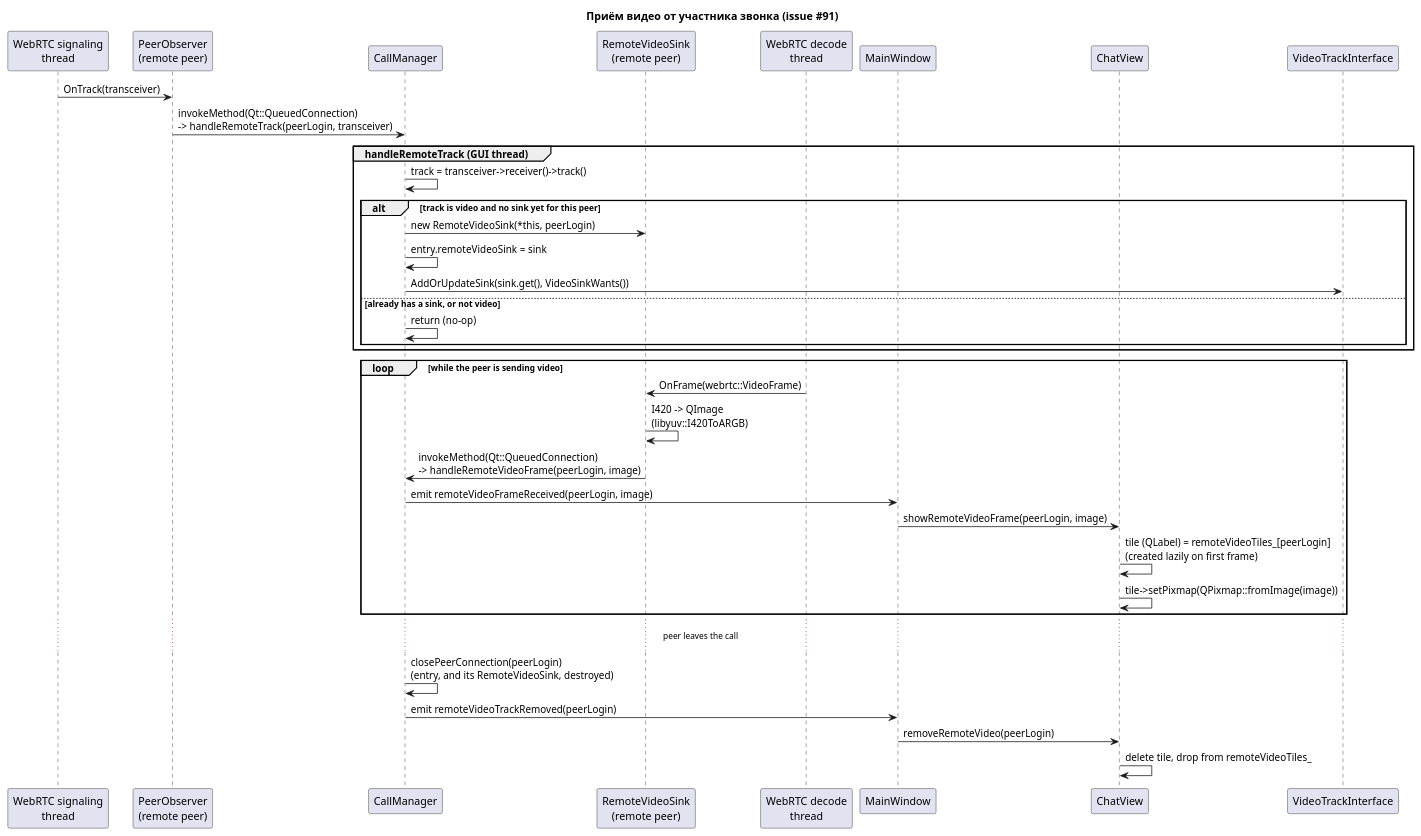
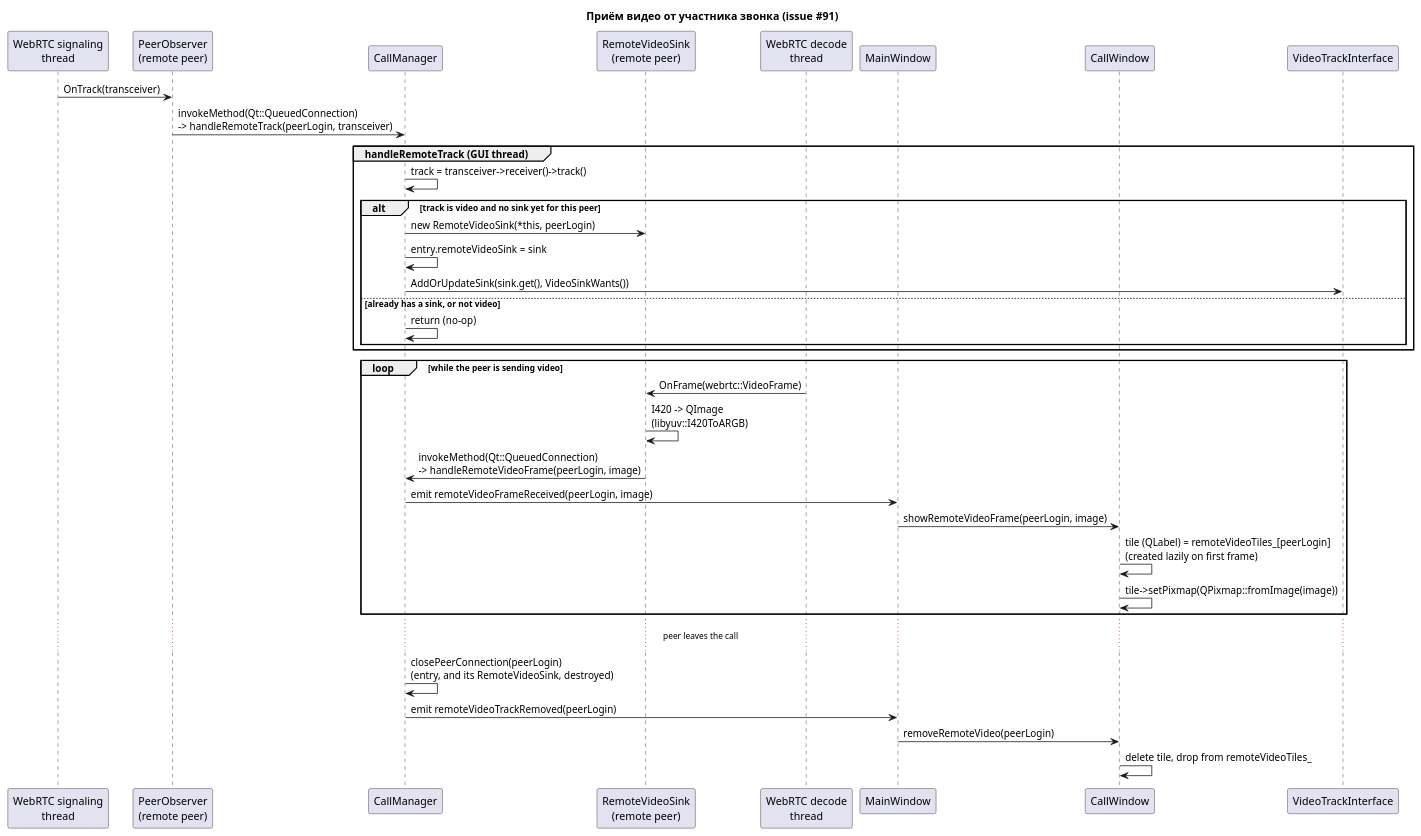
The diagram in docs/diagrams/call-video-receive-sequence.puml (NekrasovIS/Exp), drawn with PlantUML before and after one commit. The commit also changed 14 other files, not shown here.

```diff
--- a/docs/diagrams/call-video-receive-sequence.puml
+++ b/docs/diagrams/call-video-receive-sequence.puml
@@ -1,42 +1,42 @@
 @startuml call_video_receive_sequence
 title Приём видео от участника звонка (issue #91)
 
 participant "WebRTC signaling\nthread" as Signaling
 participant "PeerObserver\n(remote peer)" as Observer
 participant CallManager
 participant "RemoteVideoSink\n(remote peer)" as Sink
 participant "WebRTC decode\nthread" as Decode
 participant MainWindow
-participant ChatView
+participant CallWindow
 
 Signaling -> Observer : OnTrack(transceiver)
 Observer -> CallManager : invokeMethod(Qt::QueuedConnection)\n-> handleRemoteTrack(peerLogin, transceiver)
 
 group handleRemoteTrack (GUI thread)
   CallManager -> CallManager : track = transceiver->receiver()->track()
   alt track is video and no sink yet for this peer
     CallManager -> Sink : new RemoteVideoSink(*this, peerLogin)
     CallManager -> CallManager : entry.remoteVideoSink = sink
     CallManager -> "VideoTrackInterface" as Track : AddOrUpdateSink(sink.get(), VideoSinkWants())
   else already has a sink, or not video
     CallManager -> CallManager : return (no-op)
   end
 end
 
 loop while the peer is sending video
   Decode -> Sink : OnFrame(webrtc::VideoFrame)
   Sink -> Sink : I420 -> QImage\n(libyuv::I420ToARGB)
   Sink -> CallManager : invokeMethod(Qt::QueuedConnection)\n-> handleRemoteVideoFrame(peerLogin, image)
   CallManager -> MainWindow : emit remoteVideoFrameReceived(peerLogin, image)
-  MainWindow -> ChatView : showRemoteVideoFrame(peerLogin, image)
-  ChatView -> ChatView : tile (QLabel) = remoteVideoTiles_[peerLogin]\n(created lazily on first frame)
-  ChatView -> ChatView : tile->setPixmap(QPixmap::fromImage(image))
+  MainWindow -> CallWindow : showRemoteVideoFrame(peerLogin, image)
+  CallWindow -> CallWindow : tile (QLabel) = remoteVideoTiles_[peerLogin]\n(created lazily on first frame)
+  CallWindow -> CallWindow : tile->setPixmap(QPixmap::fromImage(image))
 end
 
 ... peer leaves the call ...
 CallManager -> CallManager : closePeerConnection(peerLogin)\n(entry, and its RemoteVideoSink, destroyed)
 CallManager -> MainWindow : emit remoteVideoTrackRemoved(peerLogin)
-MainWindow -> ChatView : removeRemoteVideo(peerLogin)
-ChatView -> ChatView : delete tile, drop from remoteVideoTiles_
+MainWindow -> CallWindow : removeRemoteVideo(peerLogin)
+CallWindow -> CallWindow : delete tile, drop from remoteVideoTiles_
 
 @enduml
```
